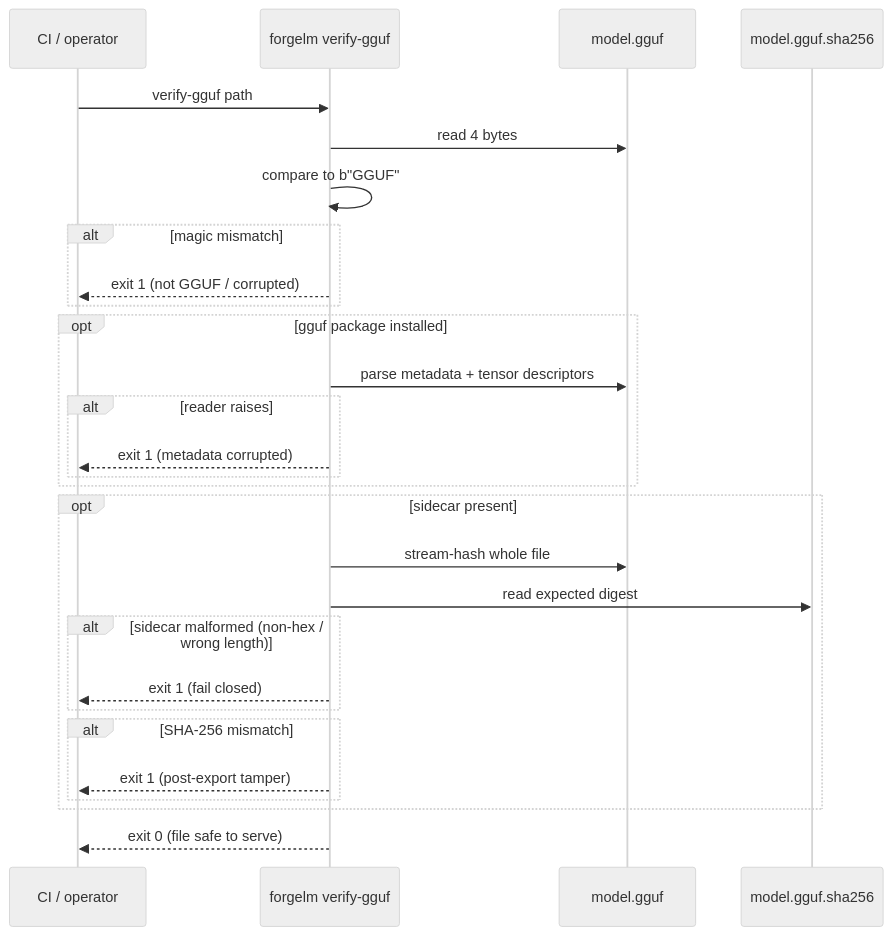
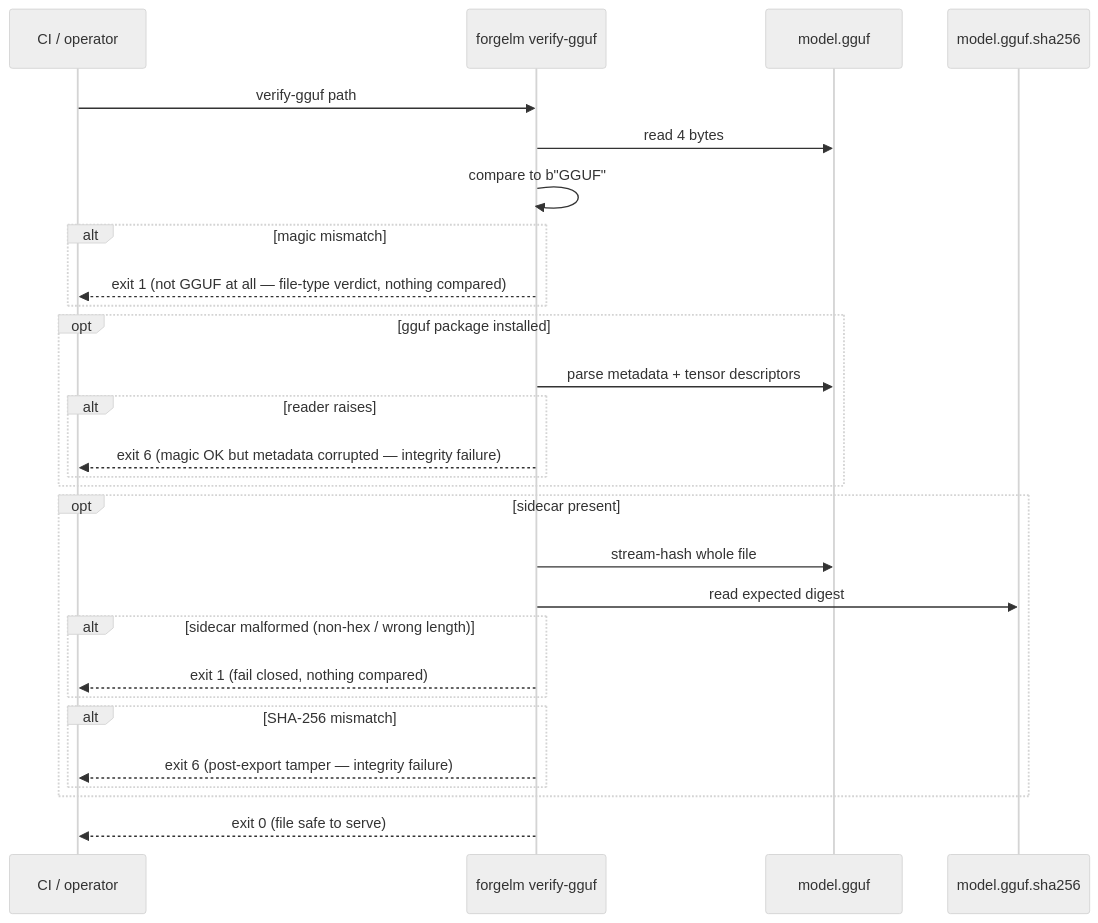
The diagram in docs/usermanuals/en/deployment/verify-gguf.md (HodeTech/ForgeLM), drawn with Mermaid (neutral theme) before and after one commit. The commit also changed other lines of this file and 63 other files, not shown here.

First line of the commit message:
feat(step-3): EXIT_INTEGRITY_FAILURE, forgelm/verify.py, and an honest gauntlet

````diff
--- a/docs/usermanuals/en/deployment/verify-gguf.md
+++ b/docs/usermanuals/en/deployment/verify-gguf.md
@@ -19,31 +19,31 @@
 ```mermaid
 sequenceDiagram
     participant CI as CI / operator
     participant Verify as forgelm verify-gguf
     participant File as model.gguf
     participant Sidecar as model.gguf.sha256
 
     CI->>Verify: verify-gguf path
     Verify->>File: read 4 bytes
     Verify->>Verify: compare to b"GGUF"
     alt magic mismatch
-        Verify-->>CI: exit 1 (not GGUF / corrupted)
+        Verify-->>CI: exit 1 (not GGUF at all — file-type verdict, nothing compared)
     end
     opt gguf package installed
         Verify->>File: parse metadata + tensor descriptors
         alt reader raises
-            Verify-->>CI: exit 1 (metadata corrupted)
+            Verify-->>CI: exit 6 (magic OK but metadata corrupted — integrity failure)
         end
     end
     opt sidecar present
         Verify->>File: stream-hash whole file
         Verify->>Sidecar: read expected digest
         alt sidecar malformed (non-hex / wrong length)
-            Verify-->>CI: exit 1 (fail closed)
+            Verify-->>CI: exit 1 (fail closed, nothing compared)
         end
         alt SHA-256 mismatch
-            Verify-->>CI: exit 1 (post-export tamper)
+            Verify-->>CI: exit 6 (post-export tamper — integrity failure)
         end
     end
     Verify-->>CI: exit 0 (file safe to serve)
 ```
````
